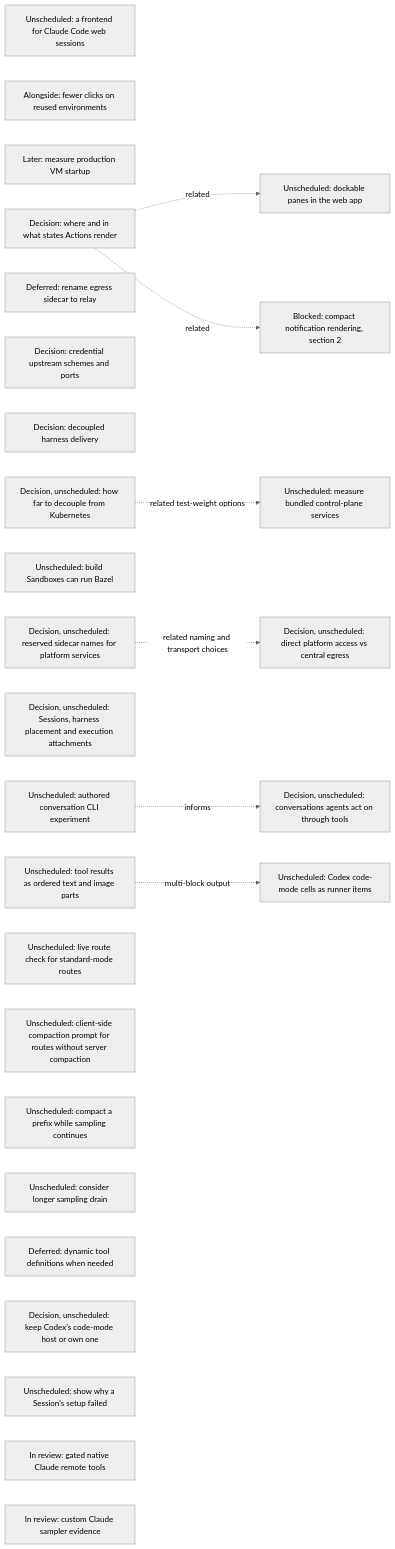
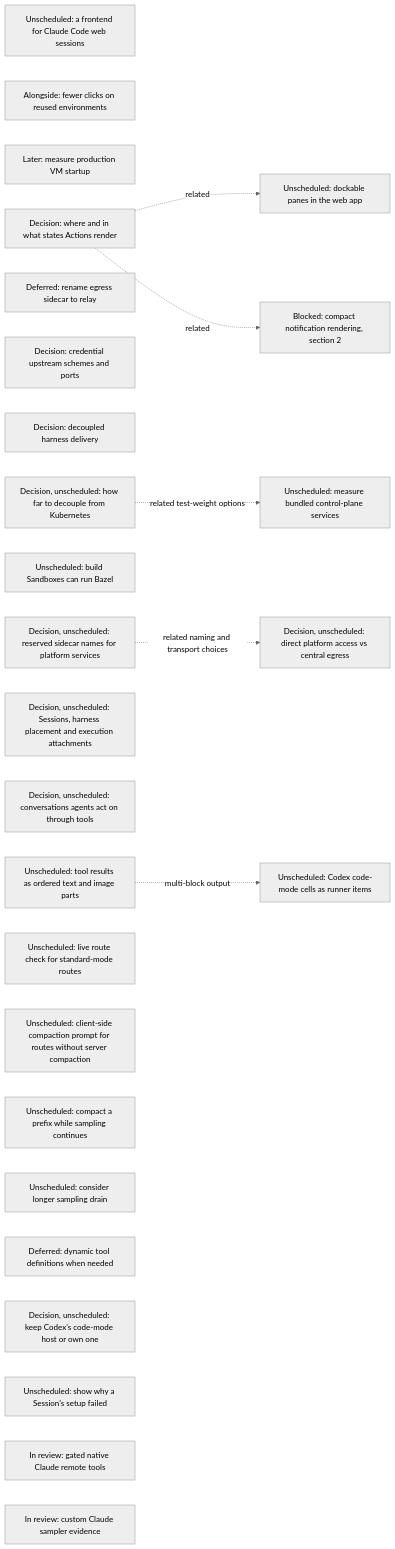
One commit to agentydragon/ducktape changed the seventh of 18 diagrams in agentplane/plans/task_dag.md. Above: the diagram before and after it, drawn with Mermaid (neutral theme). The commit also changed other lines of this file and 22 other files, not shown here.

````diff
--- a/agentplane/plans/task_dag.md
+++ b/agentplane/plans/task_dag.md
@@ -1098,36 +1095,34 @@
 ```mermaid
 flowchart LR
     CLAUDE_CODE_WEB_BRIDGE[Unscheduled: a frontend for Claude Code web sessions]
     SESSION_LAUNCH_FRICTION[Alongside: fewer clicks on reused environments]
     VM_STARTUP_LATENCY[Later: measure production VM startup]
     ACTION_SURFACES_DESIGN[Decision: where and in what states Actions render]
     EGRESS_RELAY_RENAME[Deferred: rename egress sidecar to relay]
     EGRESS_CREDENTIAL_TRANSPORT_DESIGN[Decision: credential upstream schemes and ports]
     RUNNER_HARNESS_DELIVERY_DESIGN[Decision: decoupled harness delivery]
     K3S_BUNDLED_SERVICES_SPIKE[Unscheduled: measure bundled control-plane services]
     KUBERNETES_DECOUPLING_DESIGN[Decision, unscheduled: how far to decouple from Kubernetes]
     KUBERNETES_DECOUPLING_DESIGN -. related test-weight options .-> K3S_BUNDLED_SERVICES_SPIKE
     DOCKABLE_PANES[Unscheduled: dockable panes in the web app]
     ACTION_SURFACES_DESIGN -. related .-> DOCKABLE_PANES
     NOTIFICATION_PRESENTATION[Blocked: compact notification rendering, section 2]
     ACTION_SURFACES_DESIGN -. related .-> NOTIFICATION_PRESENTATION
     BUILD_BOX_BAZEL[Unscheduled: build Sandboxes can run Bazel]
     PLATFORM_SERVICE_NAMES_DESIGN[Decision, unscheduled: reserved sidecar names for platform services]
     PLATFORM_SERVICE_ROUTING_DESIGN[Decision, unscheduled: direct platform access vs central egress]
     PLATFORM_SERVICE_NAMES_DESIGN -. related naming and transport choices .-> PLATFORM_SERVICE_ROUTING_DESIGN
     SESSION_RUNTIME_MODEL_DESIGN[Decision, unscheduled: Sessions, harness placement and execution attachments]
     AGENT_AUTHORED_CONVERSATIONS_DESIGN[Decision, unscheduled: conversations agents act on through tools]
-    AGENT_AUTHORED_CONVERSATIONS_EXPERIMENT[Unscheduled: authored conversation CLI experiment]
-    AGENT_AUTHORED_CONVERSATIONS_EXPERIMENT -. informs .-> AGENT_AUTHORED_CONVERSATIONS_DESIGN
     STRUCTURED_TOOL_OUTPUT[Unscheduled: tool results as ordered text and image parts]
     STRUCTURED_TOOL_OUTPUT -. multi-block output .-> CODEX_CODE_MODE_CELLS[Unscheduled: Codex code-mode cells as runner items]
     CENTRAL_SAMPLER_MODEL_CAPABILITIES[Unscheduled: live route check for standard-mode routes]
     CENTRAL_SAMPLER_PROMPT_COMPACTION[Unscheduled: client-side compaction prompt for routes without server compaction]
     CENTRAL_SAMPLER_BACKGROUND_COMPACTION[Unscheduled: compact a prefix while sampling continues]
     CENTRAL_SAMPLER_DRAIN_BUDGET[Unscheduled: consider longer sampling drain]
     CENTRAL_SAMPLER_DYNAMIC_TOOLS[Deferred: dynamic tool definitions when needed]
     CODE_MODE_HOST_DESIGN[Decision, unscheduled: keep Codex's code-mode host or own one]
     SESSION_SETUP_FAILURE_CAUSE[Unscheduled: show why a Session's setup failed]
     CLAUDE_REMOTE_EXECUTION_SPIKE[In review: gated native Claude remote tools]
     CLAUDE_CUSTOM_SAMPLER[In review: custom Claude sampler evidence]
 ```
````
